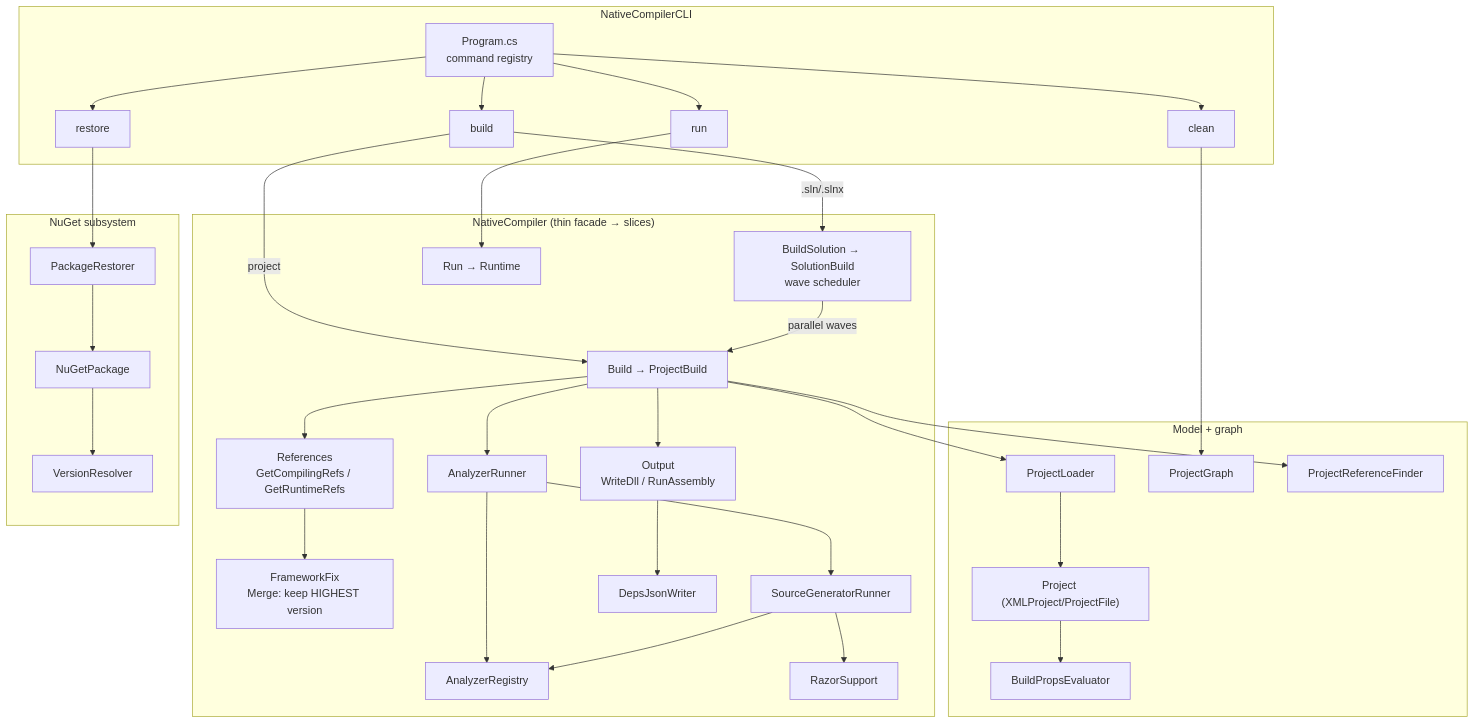
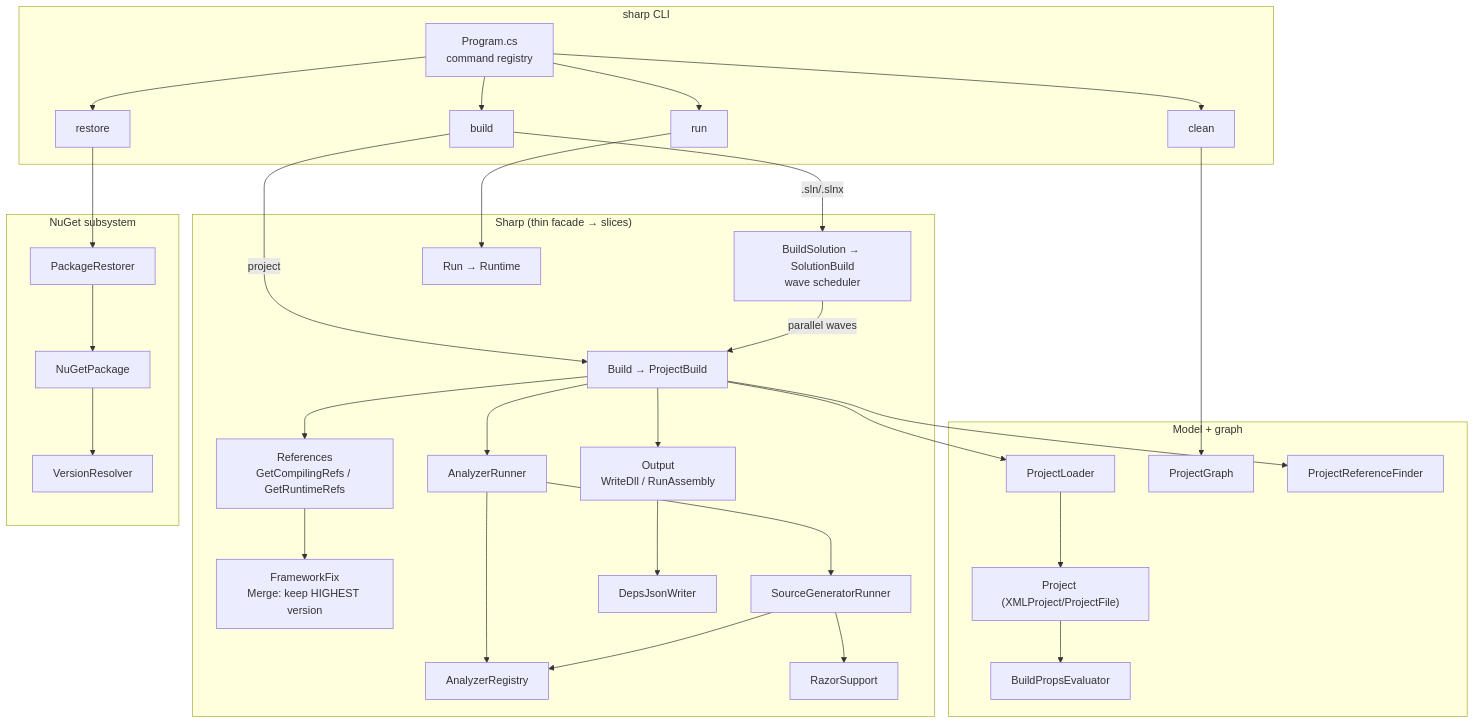
One commit to martasp/sharp changed the diagram in docs/compiler-architecture-1.1.mmd. Above: the diagram before and after it, drawn with Mermaid. The commit also changed 194 other files, not shown here.

First line of the commit message:
Rename NativeCompiler to sharp (#7)

```diff
--- a/docs/compiler-architecture-1.1.mmd
+++ b/docs/compiler-architecture-1.1.mmd
@@ -1,51 +1,51 @@
 flowchart TB
-    subgraph CLI["NativeCompilerCLI"]
+    subgraph CLI["sharp CLI"]
         Program["Program.cs<br/>command registry"]
         CmdBuild["build"]
         CmdRun["run"]
         CmdRestore["restore"]
         CmdClean["clean"]
     end
 
-    subgraph CORE["NativeCompiler (thin facade → slices)"]
-        NC["Build → ProjectBuild"]
+    subgraph CORE["Sharp (thin facade → slices)"]
+        ENGINE["Build → ProjectBuild"]
         NCSol["BuildSolution → SolutionBuild<br/>wave scheduler"]
         NCRun["Run → Runtime"]
         Refs["References<br/>GetCompilingRefs / GetRuntimeRefs"]
         Merge["FrameworkFix<br/>Merge: keep HIGHEST version"]
         AR["AnalyzerRunner"]
         SG["SourceGeneratorRunner"]
         Registry["AnalyzerRegistry"]
         Razor["RazorSupport"]
         Emit["Output<br/>WriteDll / RunAssembly"]
         Deps["DepsJsonWriter"]
     end
 
     subgraph MODEL["Model + graph"]
         PL["ProjectLoader"]
         PG["ProjectGraph"]
         Project["Project (XMLProject/ProjectFile)"]
         BuildProps["BuildPropsEvaluator"]
         PRefFinder["ProjectReferenceFinder"]
     end
 
     subgraph NUGET["NuGet subsystem"]
         Restorer["PackageRestorer"]
         NuGetPkg["NuGetPackage"]
         VersionRes["VersionResolver"]
     end
 
     Program --> CmdBuild & CmdRun & CmdRestore & CmdClean
     CmdBuild -->|".sln/.slnx"| NCSol
-    CmdBuild -->|"project"| NC
+    CmdBuild -->|"project"| ENGINE
     CmdRun --> NCRun
-    NCSol -->|"parallel waves"| NC
-    NC --> PL --> Project --> BuildProps
-    NC --> PRefFinder
-    NC --> Refs --> Merge
-    NC --> AR --> SG
+    NCSol -->|"parallel waves"| ENGINE
+    ENGINE --> PL --> Project --> BuildProps
+    ENGINE --> PRefFinder
+    ENGINE --> Refs --> Merge
+    ENGINE --> AR --> SG
     AR --> Registry
     SG --> Razor & Registry
-    NC --> Emit --> Deps
+    ENGINE --> Emit --> Deps
     CmdRestore --> Restorer --> NuGetPkg --> VersionRes
     CmdClean --> PG
```
